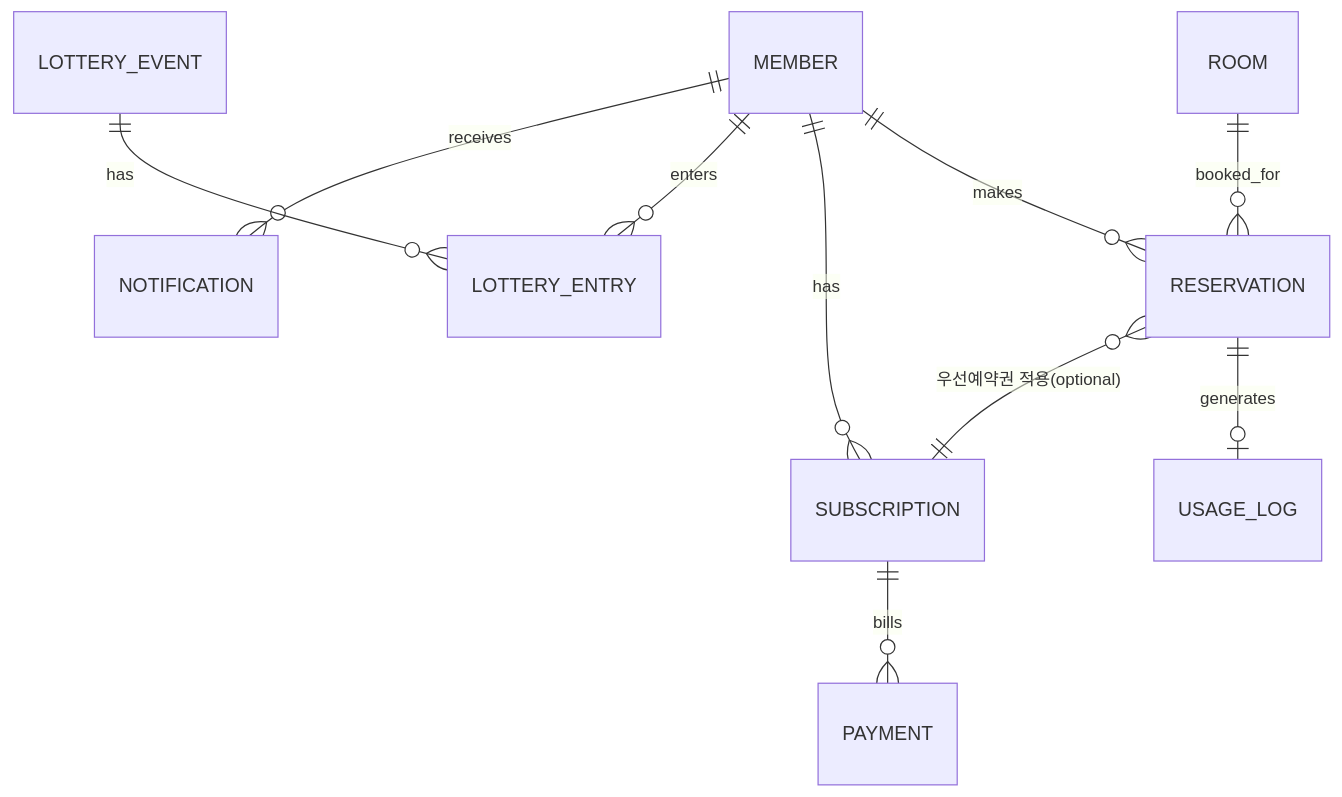
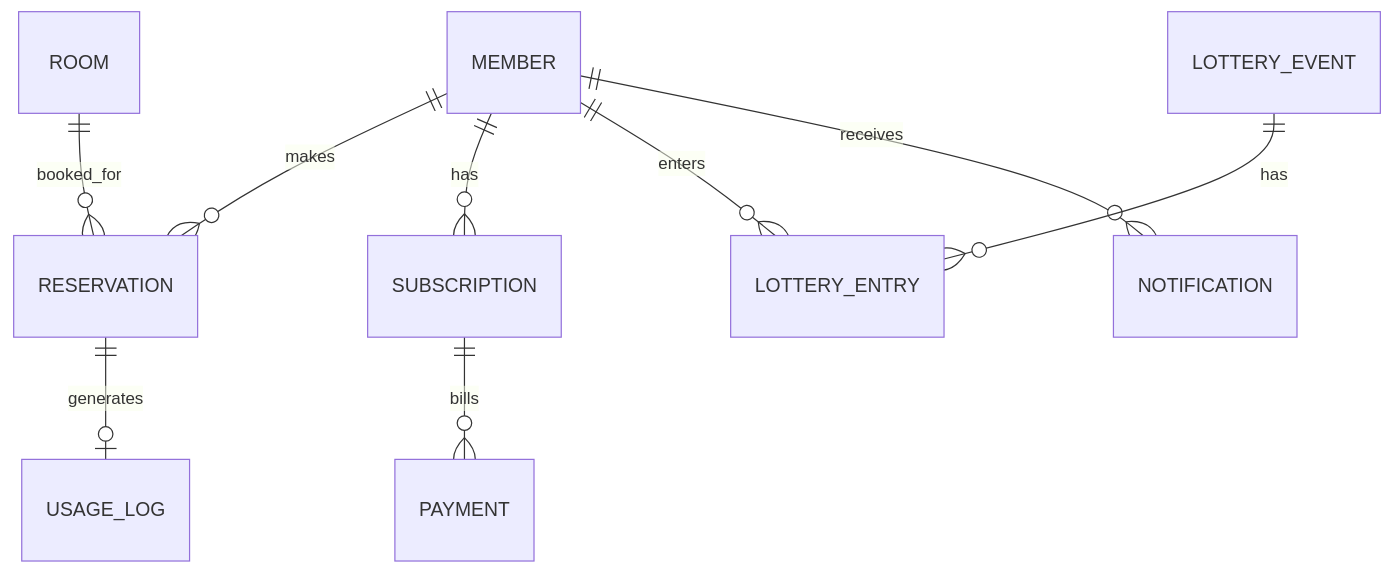
The second of 2 diagrams in docs/roadmap.md (dlalstlr12/study-room-reservation), drawn with Mermaid before and after one commit. The commit also changed other lines of this file and 1 other file, not shown here.

First line of the commit message:
docs: roadmap 을 실제 구현과 대조해 정정 + §11 변경점 추가

````diff
--- a/docs/roadmap.md
+++ b/docs/roadmap.md
@@ -47,12 +51,11 @@
 ```mermaid
 erDiagram
     MEMBER ||--o{ RESERVATION : makes
     MEMBER ||--o{ SUBSCRIPTION : has
     MEMBER ||--o{ LOTTERY_ENTRY : enters
     MEMBER ||--o{ NOTIFICATION : receives
     ROOM ||--o{ RESERVATION : booked_for
     RESERVATION ||--o| USAGE_LOG : generates
     LOTTERY_EVENT ||--o{ LOTTERY_ENTRY : has
     SUBSCRIPTION ||--o{ PAYMENT : bills
-    RESERVATION }o--|| SUBSCRIPTION : "우선예약권 적용(optional)"
 ```
````
